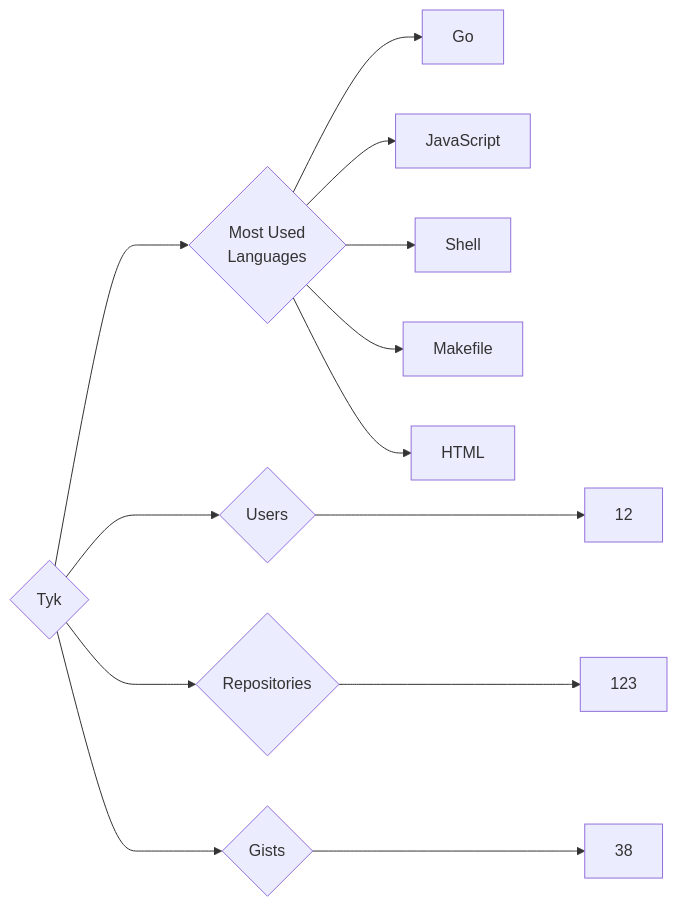
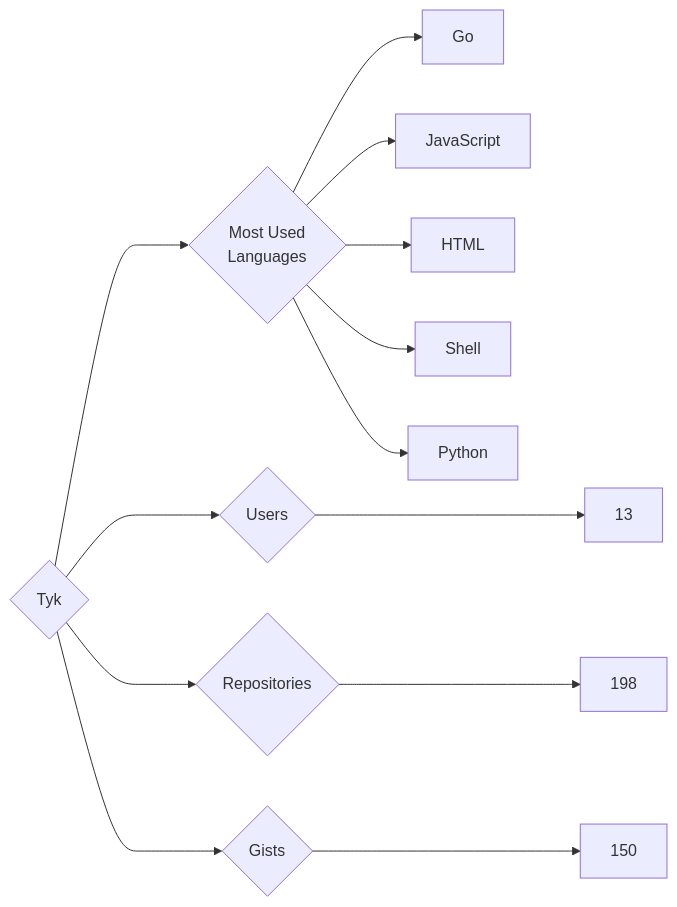
Before and after one commit to trickest/insiders: the diagram in targets/Tyk/README.md, drawn with Mermaid. The commit also changed 928 other files, not shown here.

````diff
--- a/targets/Tyk/README.md
+++ b/targets/Tyk/README.md
@@ -3,13 +3,13 @@
 ```mermaid
 graph LR
 COMPANY_NAME{Tyk}
-COMPANY_NAME ---> U{Users} ---> UN[12]
-COMPANY_NAME ---> R{Repositories} ---> RN[123]
-COMPANY_NAME ---> G{Gists} ---> GN[38]
+COMPANY_NAME ---> U{Users} ---> UN[13]
+COMPANY_NAME ---> R{Repositories} ---> RN[198]
+COMPANY_NAME ---> G{Gists} ---> GN[150]
 COMPANY_NAME ---> ML{Most Used<br>Languages}
 ML --> Go[Go]
 ML --> JavaScript[JavaScript]
+ML --> HTML[HTML]
 ML --> Shell[Shell]
-ML --> Makefile[Makefile]
-ML --> HTML[HTML]
+ML --> Python[Python]
 ```
````
